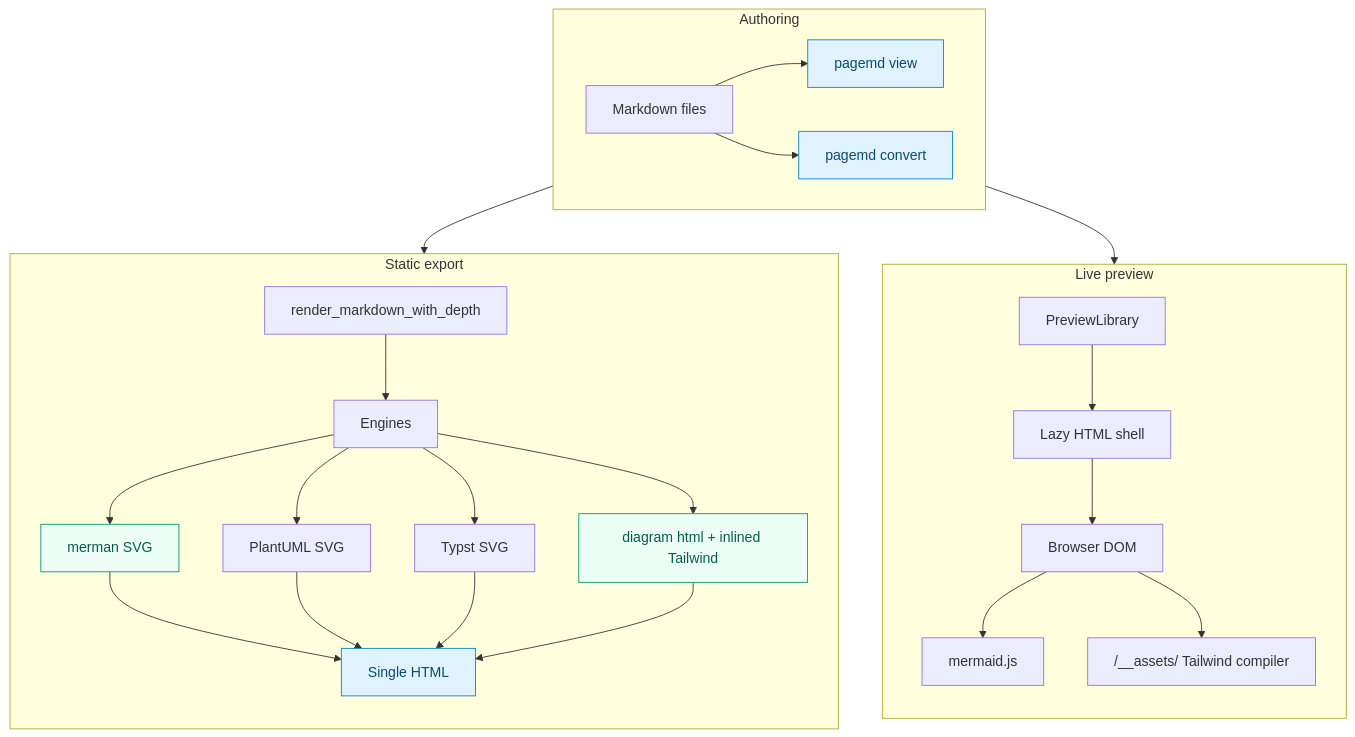
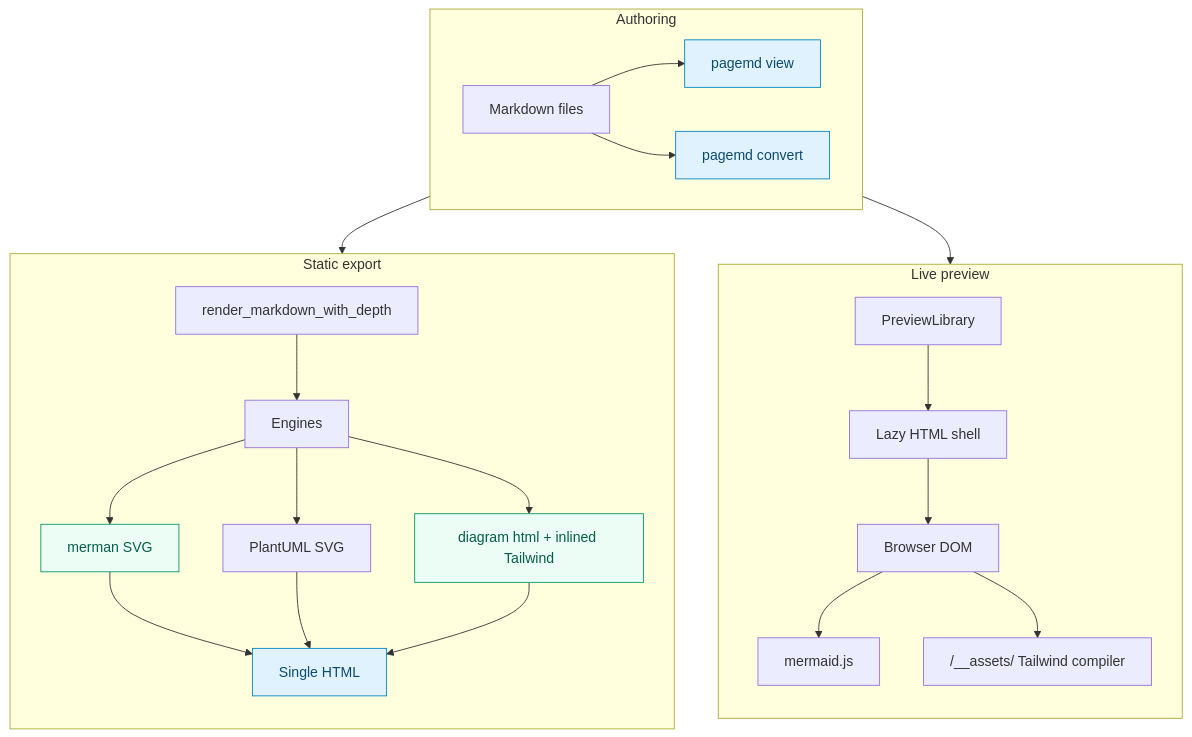
Before and after one commit to ikey4u/pagemd: the second of 8 diagrams in examples/BASIC.md, drawn with Mermaid. The commit also changed other lines of this file and 19 other files, not shown here.

````diff
--- a/examples/BASIC.md
+++ b/examples/BASIC.md
@@ -142,37 +142,35 @@
 ```mermaid
 flowchart TB
   subgraph Authoring["Authoring"]
     direction LR
     MD[Markdown files] --> View[pagemd view]
     MD --> CLI[pagemd convert]
   end
 
   subgraph Preview["Live preview"]
     direction TB
     Lib[PreviewLibrary] --> Shell[Lazy HTML shell]
     Shell --> Browser[Browser DOM]
     Browser --> MermaidJS[mermaid.js]
     Browser --> Tw["/__assets/ Tailwind compiler"]
   end
 
   subgraph Export["Static export"]
     direction TB
     Pipeline[render_markdown_with_depth] --> Engines
     Engines --> Merman[merman SVG]
     Engines --> PlantUML[PlantUML SVG]
-    Engines --> Typst[Typst SVG]
     Engines --> HtmlDiag[diagram html + inlined Tailwind]
     Merman --> Bundle[Single HTML]
     PlantUML --> Bundle
-    Typst --> Bundle
     HtmlDiag --> Bundle
   end
 
   View --> Lib
   CLI --> Pipeline
 
   classDef accent fill:#e0f2fe,stroke:#0284c7,color:#0c4a6e
   classDef result fill:#ecfdf5,stroke:#059669,color:#065f46
   class View,CLI,Bundle accent
   class Merman,HtmlDiag result
 ```
````
